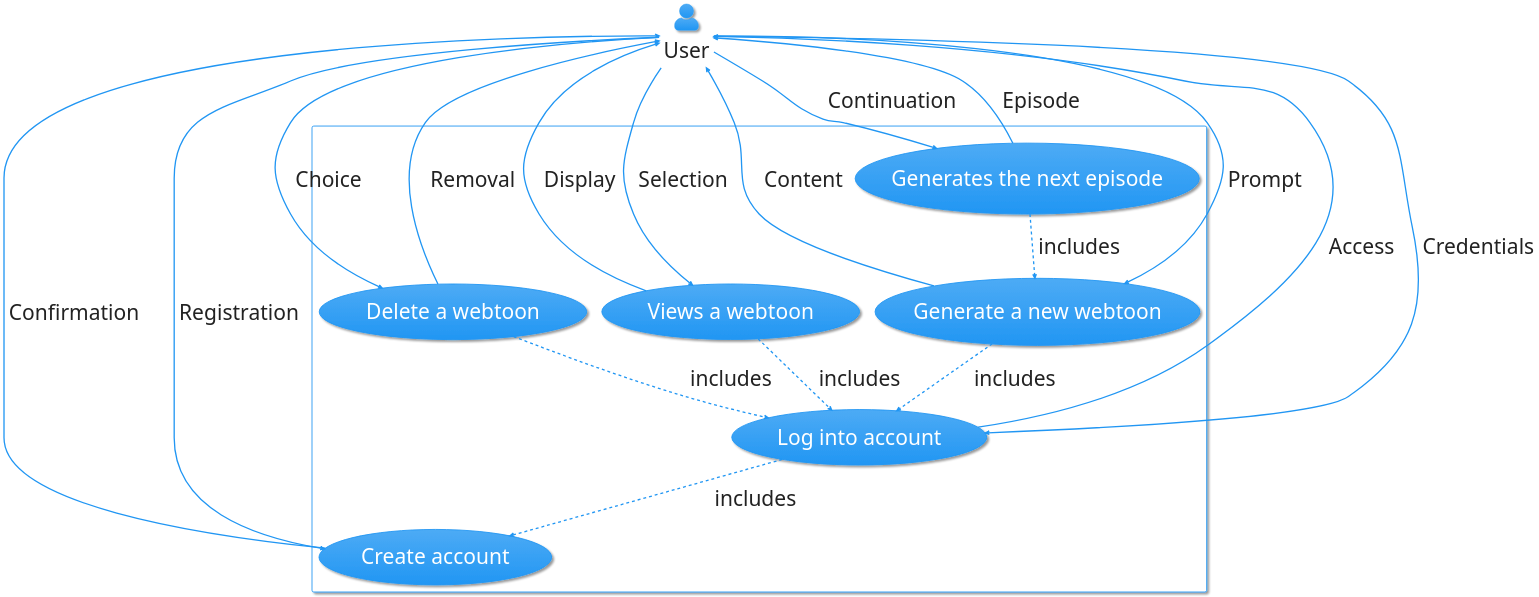
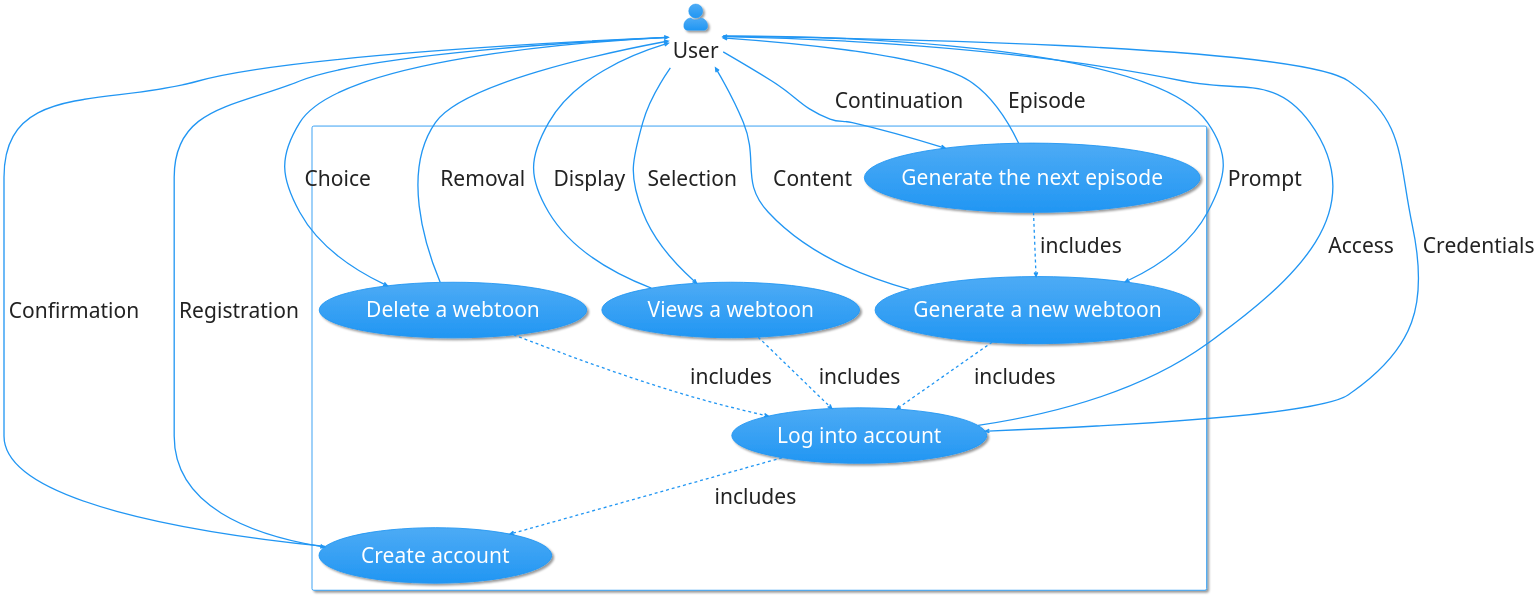
One commit to WinstonWaligora/let_us_webtoon changed the diagram in lib/documents/use-case-diagram.puml. Above: the diagram before and after it, drawn with PlantUML. The commit also changed 22 other files, not shown here.

```diff
--- a/lib/documents/use-case-diagram.puml
+++ b/lib/documents/use-case-diagram.puml
@@ -1,45 +1,45 @@
 @startuml 
 !theme materia
 skinparam actorStyle awesome
 skinparam defaultFontSize 48
 
 ' Define the actors
 :User: as user
 ' :Admin: as admin
 
 ' Define the use cases
 rectangle {
     (Create account) as create
     (Log into account) as login
     (Generate a new webtoon) as generate
     (Views a webtoon) as view
     (Delete a webtoon) as delete
-    (Generates the next episode) as next
+    (Generate the next episode) as next
 }
 
 ' Define the extends and includes arrows
 next ..> generate : includes
 generate ..> login : includes
 view ..> login : includes
 delete ..> login : includes
 login ..> create : includes
 
 ' Define the relationships
 ' admin --> create
 ' admin --> login
 user --> create : Registration
 user <-- create : Confirmation
 user --> login : Credentials
 user <-- login : Access
 user --> generate : Prompt
 user <-- generate : Content
 user --> view : Selection
 user <-- view : Display
 user --> delete : Choice
 user <-- delete : Removal
 user --> next : Continuation
 user <-- next : Episode
 
 ' Define the layout
 ' left to right direction
 @enduml
```
